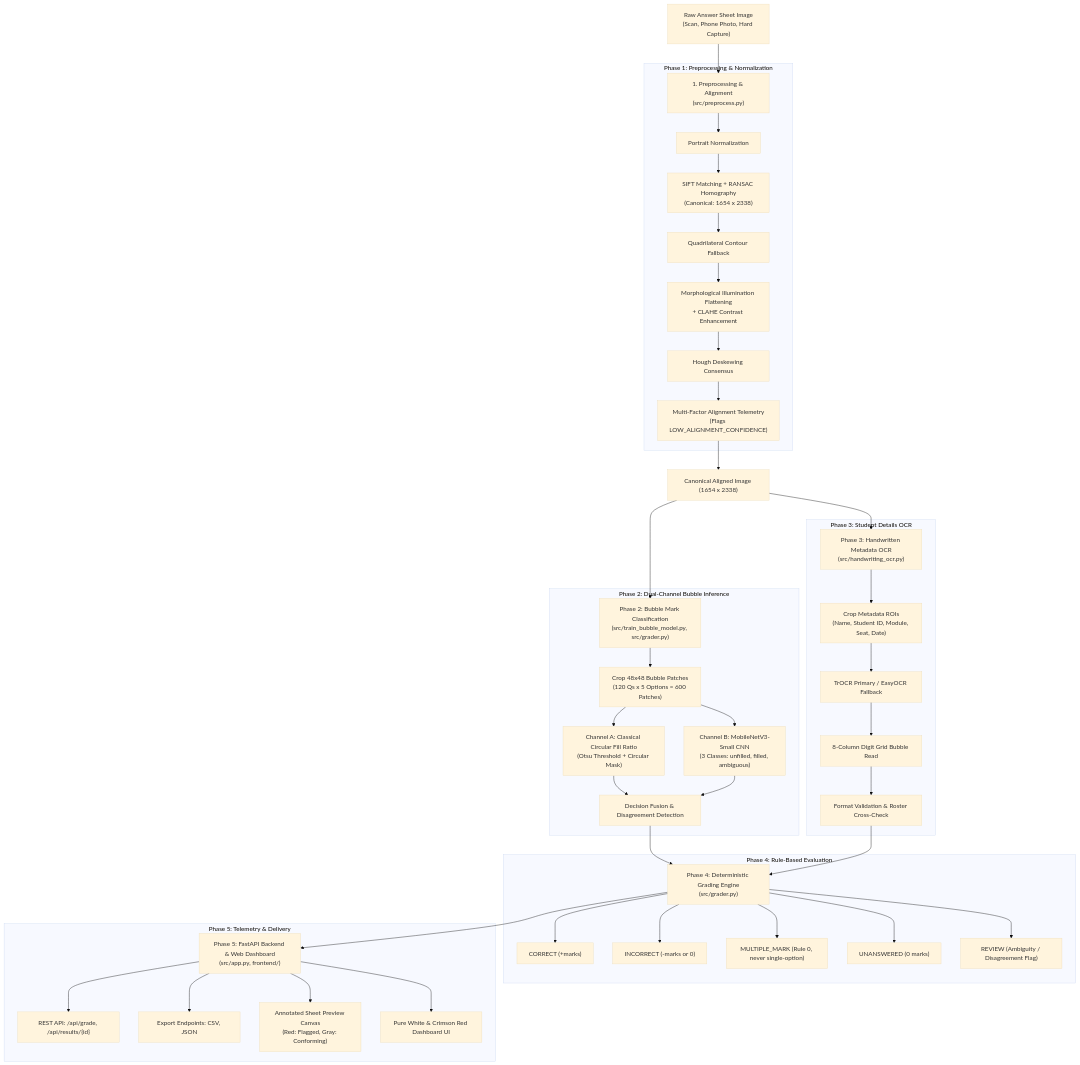
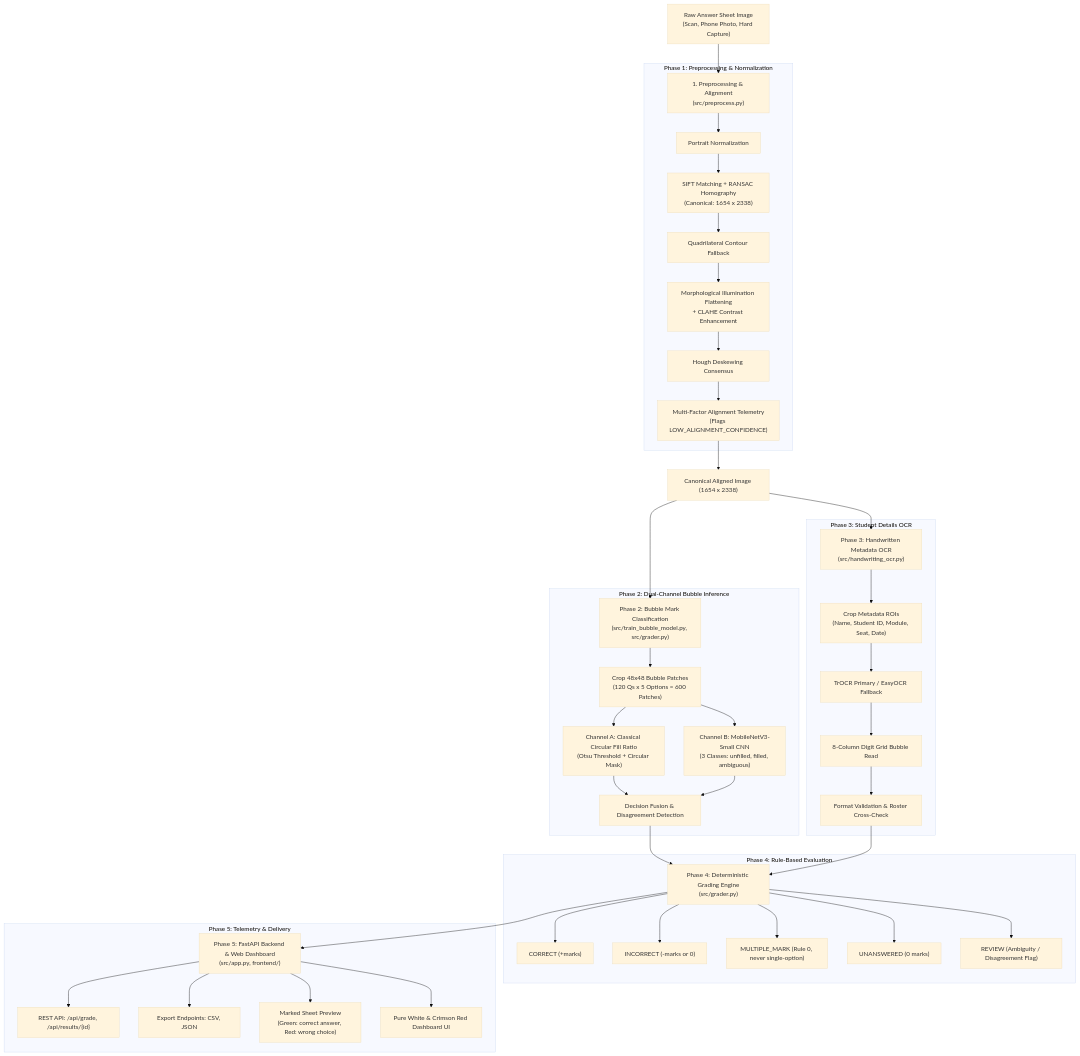
The diagram in docs/ARCHITECTURE.md (v0dkapapi/OMR-Interpreter), drawn with Mermaid (base theme) before and after one commit. The commit also changed other lines of this file and 8 other files, not shown here.

First line of the commit message:
Mark answers on the sheet preview in green and red

````diff
--- a/docs/ARCHITECTURE.md
+++ b/docs/ARCHITECTURE.md
@@ -9,53 +9,53 @@
 ```mermaid
 flowchart TD
     A["Raw Answer Sheet Image\n(Scan, Phone Photo, Hard Capture)"] --> B["1. Preprocessing & Alignment\n(src/preprocess.py)"]
     
     subgraph Preprocessing ["Phase 1: Preprocessing & Normalization"]
         B --> B1["Portrait Normalization"]
         B1 --> B2["SIFT Matching + RANSAC Homography\n(Canonical: 1654 x 2338)"]
         B2 --> B3["Quadrilateral Contour Fallback"]
         B3 --> B4["Morphological Illumination Flattening\n+ CLAHE Contrast Enhancement"]
         B4 --> B5["Hough Deskewing Consensus"]
         B5 --> B6["Multi-Factor Alignment Telemetry\n(Flags LOW_ALIGNMENT_CONFIDENCE)"]
     end
     
     B6 --> C["Canonical Aligned Image (1654 x 2338)"]
     
     C --> D["Phase 2: Bubble Mark Classification\n(src/train_bubble_model.py, src/grader.py)"]
     C --> E["Phase 3: Handwritten Metadata OCR\n(src/handwriting_ocr.py)"]
     
     subgraph MarkInference ["Phase 2: Dual-Channel Bubble Inference"]
         D --> D1["Crop 48x48 Bubble Patches\n(120 Qs x 5 Options = 600 Patches)"]
         D1 --> D2["Channel A: Classical Circular Fill Ratio\n(Otsu Threshold + Circular Mask)"]
         D1 --> D3["Channel B: MobileNetV3-Small CNN\n(3 Classes: unfilled, filled, ambiguous)"]
         D2 --> D4["Decision Fusion & Disagreement Detection"]
         D3 --> D4
     end
     
     subgraph MetadataExtraction ["Phase 3: Student Details OCR"]
         E --> E1["Crop Metadata ROIs\n(Name, Student ID, Module, Seat, Date)"]
         E1 --> E2["TrOCR Primary / EasyOCR Fallback"]
         E2 --> E3["8-Column Digit Grid Bubble Read"]
         E3 --> E4["Format Validation & Roster Cross-Check"]
     end
     
     D4 --> F["Phase 4: Deterministic Grading Engine\n(src/grader.py)"]
     E4 --> F
     
     subgraph GradingEngine ["Phase 4: Rule-Based Evaluation"]
         F --> F1["CORRECT (+marks)"]
         F --> F2["INCORRECT (-marks or 0)"]
         F --> F3["MULTIPLE_MARK (Rule 0, never single-option)"]
         F --> F4["UNANSWERED (0 marks)"]
         F --> F5["REVIEW (Ambiguity / Disagreement Flag)"]
     end
     
     F --> G["Phase 5: FastAPI Backend & Web Dashboard\n(src/app.py, frontend/)"]
     
     subgraph Presentation ["Phase 5: Telemetry & Delivery"]
         G --> G1["REST API: /api/grade, /api/results/{id}"]
         G --> G2["Export Endpoints: CSV, JSON"]
-        G --> G3["Annotated Sheet Preview Canvas\n(Red: Flagged, Gray: Conforming)"]
+        G --> G3["Marked Sheet Preview\n(Green: correct answer, Red: wrong choice)"]
         G --> G4["Pure White & Crimson Red Dashboard UI"]
     end
 ```
````
